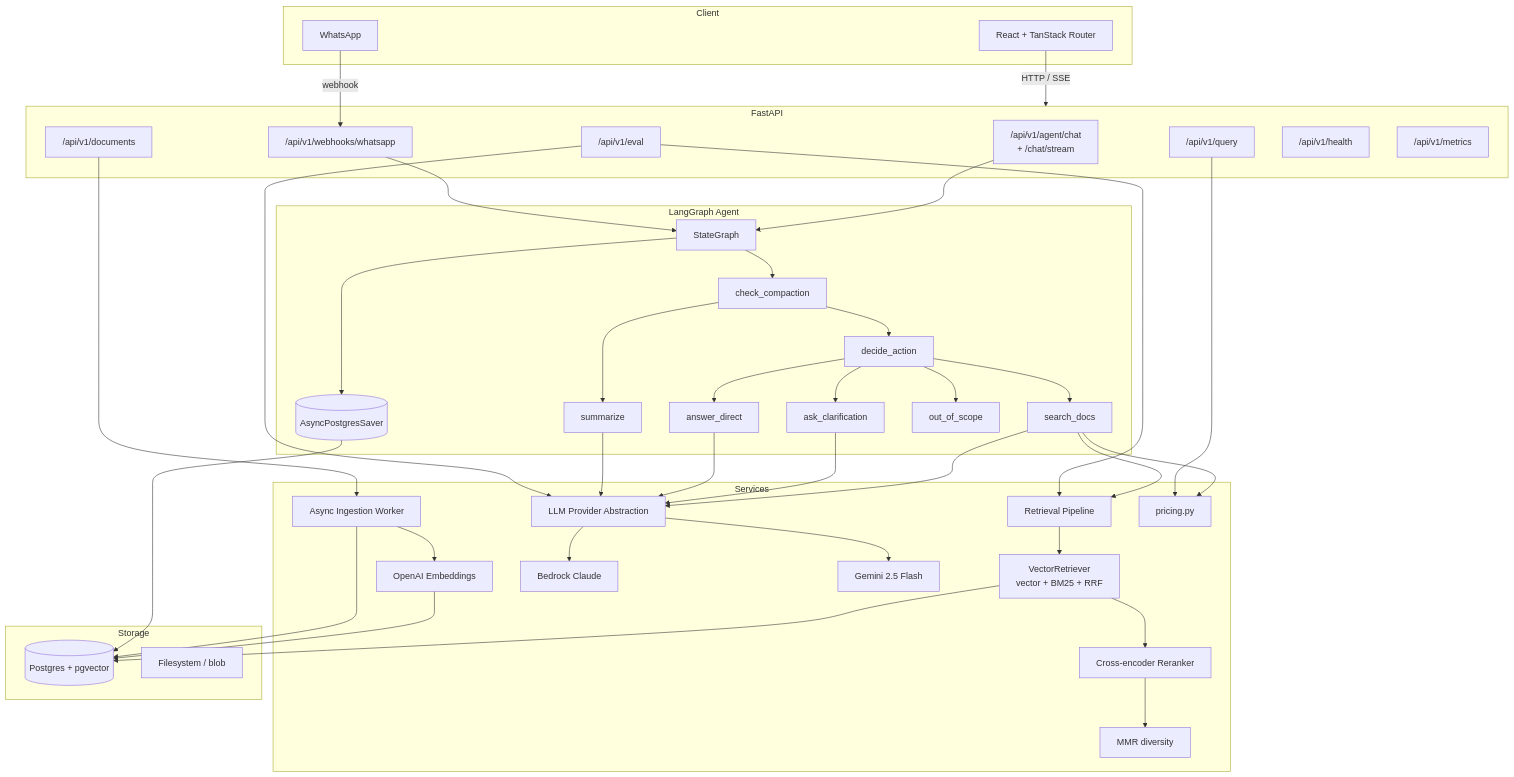
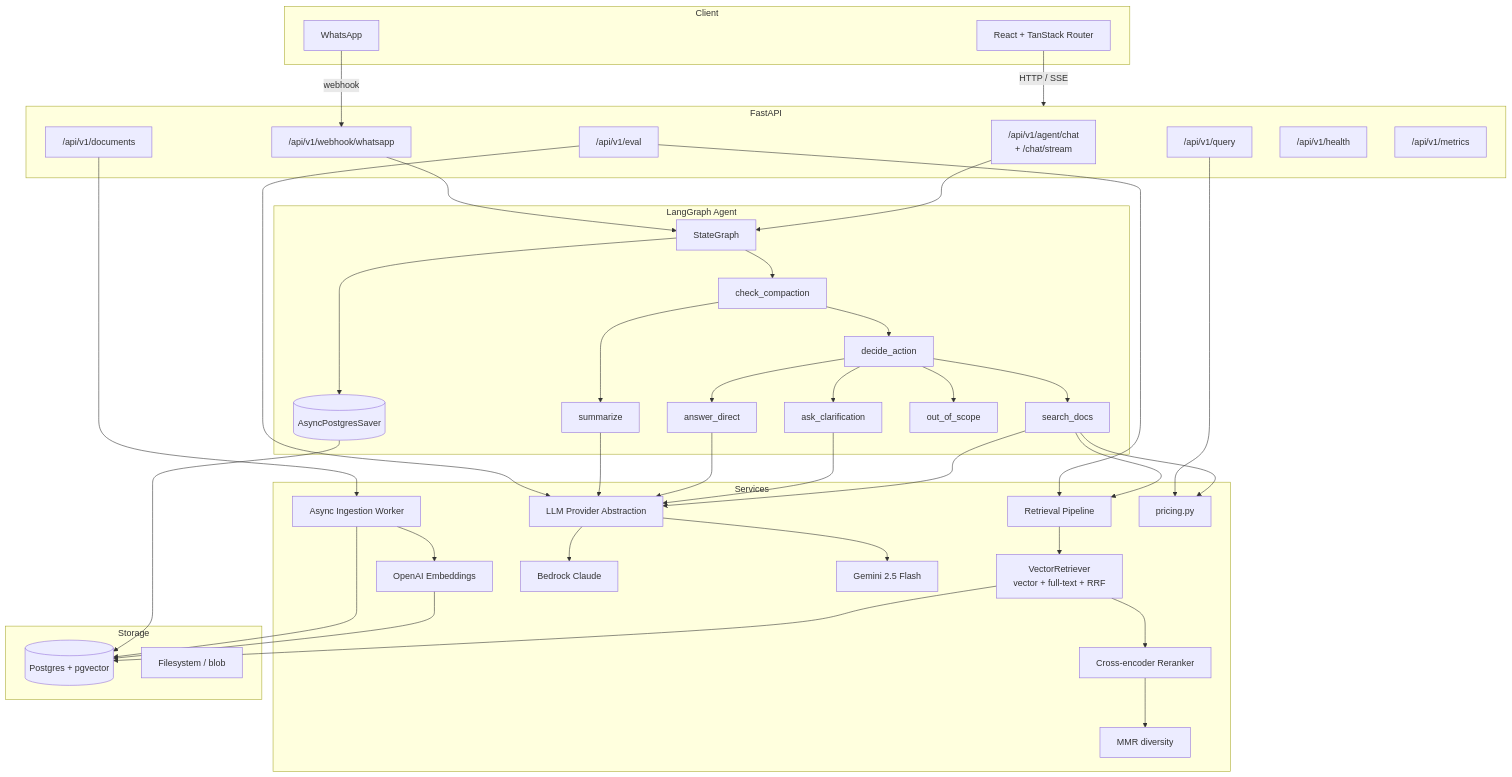
One commit to FrancoCazal/WhisperDocs changed the first of 4 diagrams in ARCHITECTURE.md. Above: the diagram before and after it, drawn with Mermaid. The commit also changed other lines of this file and 28 other files, not shown here.

````diff
--- a/ARCHITECTURE.md
+++ b/ARCHITECTURE.md
@@ -11,79 +11,79 @@
 ```mermaid
 graph TB
   subgraph Client
     UI[React + TanStack Router]
     WApp[WhatsApp]
   end
 
   subgraph API[FastAPI]
     Agent["/api/v1/agent/chat<br/>+ /chat/stream"]
     Query["/api/v1/query"]
     Docs["/api/v1/documents"]
     Eval["/api/v1/eval"]
-    Webhook["/api/v1/webhooks/whatsapp"]
+    Webhook["/api/v1/webhook/whatsapp"]
     Health["/api/v1/health"]
     Metrics["/api/v1/metrics"]
   end
 
   subgraph AgentCore[LangGraph Agent]
     Graph[StateGraph]
     Compaction[check_compaction]
     Summarize[summarize]
     Classifier[decide_action]
     Search[search_docs]
     Clarify[ask_clarification]
     Direct[answer_direct]
     OutOfScope[out_of_scope]
     Checkpointer[(AsyncPostgresSaver)]
   end
 
   subgraph Services
     Retrieval[Retrieval Pipeline]
-    Hybrid[VectorRetriever<br/>vector + BM25 + RRF]
+    Hybrid[VectorRetriever<br/>vector + full-text + RRF]
     Reranker[Cross-encoder Reranker]
     MMR[MMR diversity]
     Embedder[OpenAI Embeddings]
     LLM[LLM Provider Abstraction]
     Bedrock[Bedrock Claude]
     Gemini[Gemini 2.5 Flash]
     Ingestion[Async Ingestion Worker]
     Pricing[pricing.py]
   end
 
   subgraph Storage
     PG[(Postgres + pgvector)]
     Files[Filesystem / blob]
   end
 
   UI -->|HTTP / SSE| API
   WApp -->|webhook| Webhook
   Agent --> Graph
   Webhook --> Graph
   Graph --> Compaction --> Summarize
   Compaction --> Classifier
   Classifier --> Search
   Classifier --> Clarify
   Classifier --> Direct
   Classifier --> OutOfScope
   Search --> Retrieval
   Retrieval --> Hybrid
   Hybrid --> Reranker
   Reranker --> MMR
   Search --> LLM
   Clarify --> LLM
   Direct --> LLM
   Summarize --> LLM
   LLM --> Bedrock
   LLM --> Gemini
   Hybrid --> PG
   Embedder --> PG
   Docs --> Ingestion
   Ingestion --> Embedder
   Ingestion --> PG
   Graph --> Checkpointer
   Checkpointer --> PG
   Eval --> LLM
   Eval --> Retrieval
   Search --> Pricing
   Query --> Pricing
 ```
````
